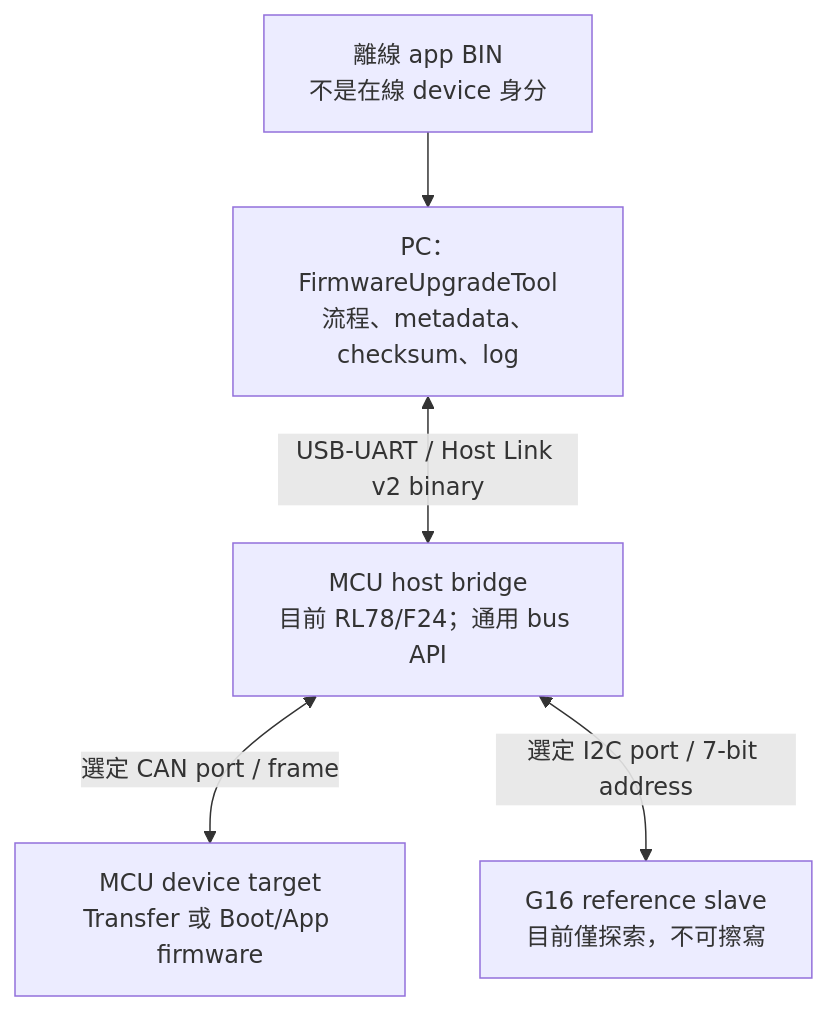
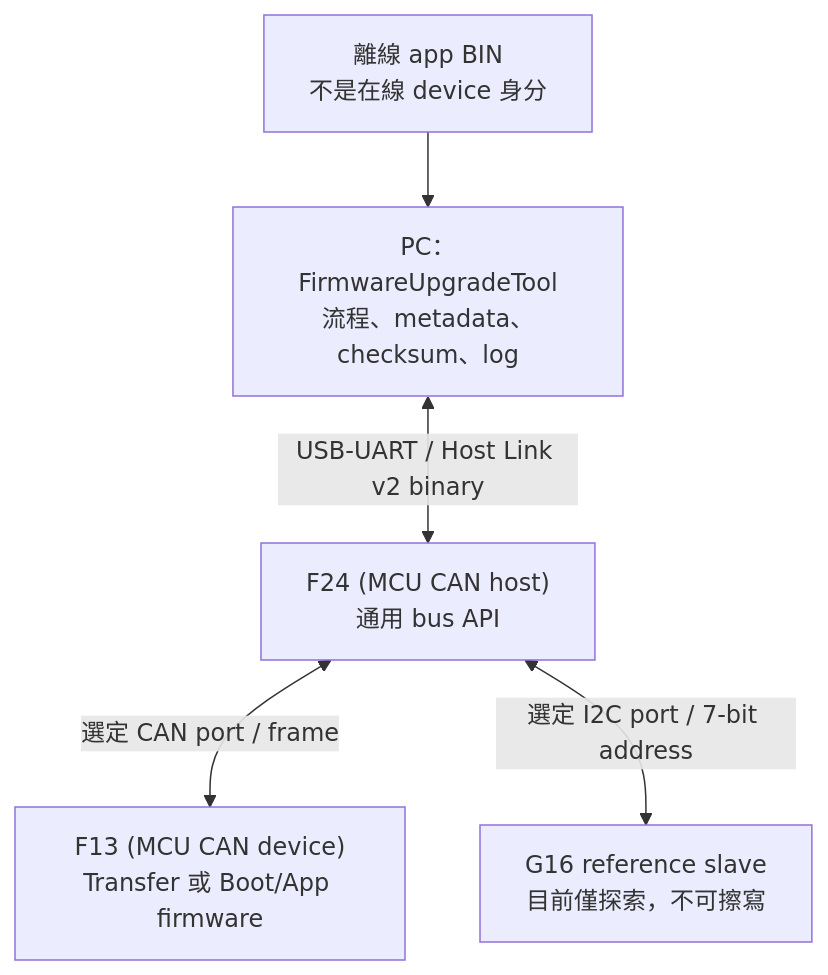
Before and after one commit to released/slide_isp_tool_for_RL78: diagram 11 of 20 in index.md, drawn with Mermaid. The commit also changed other lines of this file and 2 other files, not shown here.

````diff
--- a/index.md
+++ b/index.md
@@ -39,7 +463,7 @@
 ```mermaid
 flowchart TD
-    PC["PC：FirmwareUpgradeTool<br/>流程、metadata、checksum、log"] <-->|"USB-UART / Host Link v2 binary"| HOST["MCU host bridge<br/>目前 RL78/F24；通用 bus API"]
-    HOST <-->|"選定 CAN port / frame"| DEV["MCU device target<br/>Transfer 或 Boot/App firmware"]
+    PC["PC：FirmwareUpgradeTool<br/>流程、metadata、checksum、log"] <-->|"USB-UART / Host Link v2 binary"| HOST["F24 (MCU CAN host)<br/>通用 bus API"]
+    HOST <-->|"選定 CAN port / frame"| DEV["F13 (MCU CAN device)<br/>Transfer 或 Boot/App firmware"]
     HOST <-->|"選定 I2C port / 7-bit address"| I2C["G16 reference slave<br/>目前僅探索，不可擦寫"]
     BIN["離線 app BIN<br/>不是在線 device 身分"] --> PC
 ```
````
